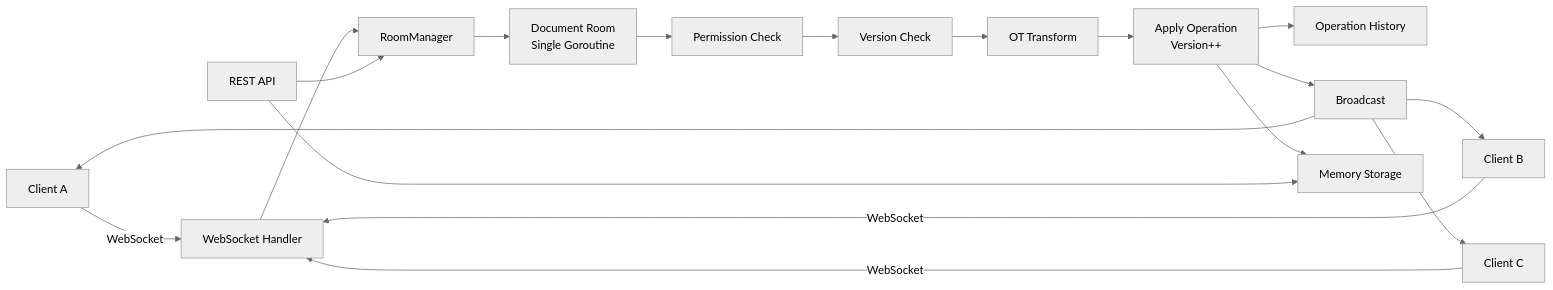
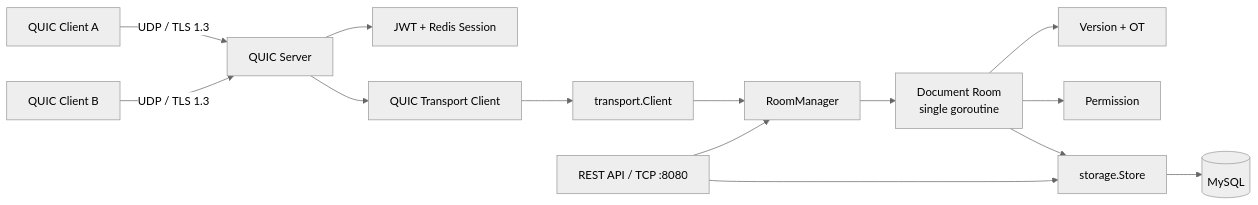
One commit to jiawei-wang-dev/go-realtime-collab-editor changed the first of 2 diagrams in README.md. Above: the diagram before and after it, drawn with Mermaid (neutral theme). The commit also changed other lines of this file and 144 other files, not shown here.

````diff
--- a/README.md
+++ b/README.md
@@ -25,23 +24,16 @@
 ```mermaid
 flowchart LR
-    A[Client A] -->|WebSocket| WS[WebSocket Handler]
-    B[Client B] -->|WebSocket| WS
-    C[Client C] -->|WebSocket| WS
-
-    WS --> RM[RoomManager]
-    RM --> R["Document Room<br/>Single Goroutine"]
-
-    R --> P[Permission Check]
-    P --> V[Version Check]
-    V --> OT[OT Transform]
-    OT --> AP["Apply Operation<br/>Version++"]
-    AP --> H[Operation History]
-    AP --> BR[Broadcast]
-    BR --> A
-    BR --> B
-    BR --> C
-
-    API[REST API] --> RM
-    AP --> MEM[Memory Storage]
-    API --> MEM
+    C1[QUIC Client A] -->|UDP / TLS 1.3| QS[QUIC Server]
+    C2[QUIC Client B] -->|UDP / TLS 1.3| QS
+    QS --> AUTH[JWT + Redis Session]
+    QS --> TC[QUIC Transport Client]
+    TC --> TI[transport.Client]
+    TI --> RM[RoomManager]
+    RM --> R["Document Room<br/>single goroutine"]
+    R --> OT[Version + OT]
+    R --> P[Permission]
+    R --> S[storage.Store]
+    S --> M[(MySQL)]
+    HTTP[REST API / TCP :8080] --> RM
+    HTTP --> S
 ```
````
